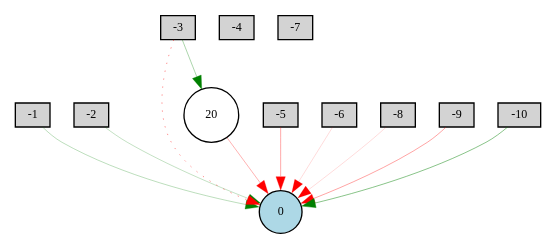
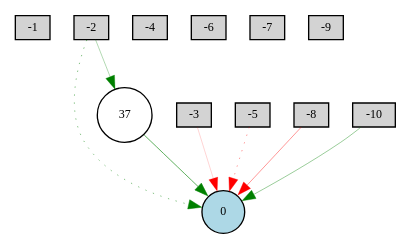
One commit to PabloHernandezUDC/ria2526 changed the diagram in plots/2_2_winner_network.gv. Above: the diagram before and after it, drawn with Graphviz. The commit also changed 19 other files, not shown here.

```diff
--- a/plots/2_2_winner_network.gv
+++ b/plots/2_2_winner_network.gv
@@ -1,25 +1,22 @@
 digraph {
 	node [fontsize=9 height=0.2 shape=circle width=0.2]
 	-1 [fillcolor=lightgray shape=box style=filled]
 	-2 [fillcolor=lightgray shape=box style=filled]
 	-3 [fillcolor=lightgray shape=box style=filled]
 	-4 [fillcolor=lightgray shape=box style=filled]
 	-5 [fillcolor=lightgray shape=box style=filled]
 	-6 [fillcolor=lightgray shape=box style=filled]
 	-7 [fillcolor=lightgray shape=box style=filled]
 	-8 [fillcolor=lightgray shape=box style=filled]
 	-9 [fillcolor=lightgray shape=box style=filled]
 	-10 [fillcolor=lightgray shape=box style=filled]
 	0 [fillcolor=lightblue style=filled]
-	20 [fillcolor=white style=filled]
-	-1 -> 0 [color=green penwidth=0.19878001644965598 style=solid]
-	-2 -> 0 [color=green penwidth=0.18080813847712013 style=solid]
-	-3 -> 0 [color=red penwidth=0.3288975128397245 style=dotted]
-	-6 -> 0 [color=red penwidth=0.10739857114282246 style=solid]
-	-8 -> 0 [color=red penwidth=0.10813631258856712 style=solid]
-	-9 -> 0 [color=red penwidth=0.26928933690699475 style=solid]
-	-10 -> 0 [color=green penwidth=0.34679906364154234 style=solid]
-	-3 -> 20 [color=green penwidth=0.25002719724178646 style=solid]
-	20 -> 0 [color=red penwidth=0.2253925073845172 style=solid]
-	-5 -> 0 [color=red penwidth=0.25775669521430167 style=solid]
+	37 [fillcolor=white style=filled]
+	-2 -> 0 [color=green penwidth=0.3726740707757752 style=dotted]
+	-3 -> 0 [color=red penwidth=0.134376725351752 style=solid]
+	-5 -> 0 [color=red penwidth=0.3077822506312444 style=dotted]
+	-8 -> 0 [color=red penwidth=0.30799335706808484 style=solid]
+	-10 -> 0 [color=green penwidth=0.3009867091203775 style=solid]
+	-2 -> 37 [color=green penwidth=0.22676653574911687 style=solid]
+	37 -> 0 [color=green penwidth=0.4740998431062676 style=solid]
 }
```
